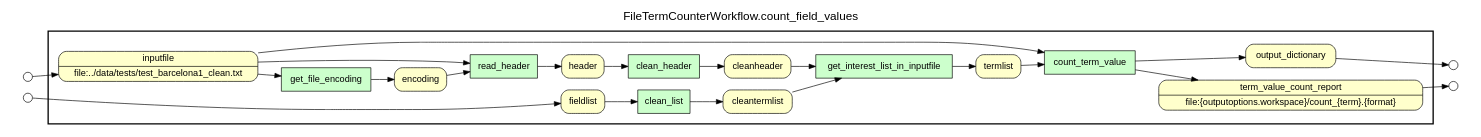
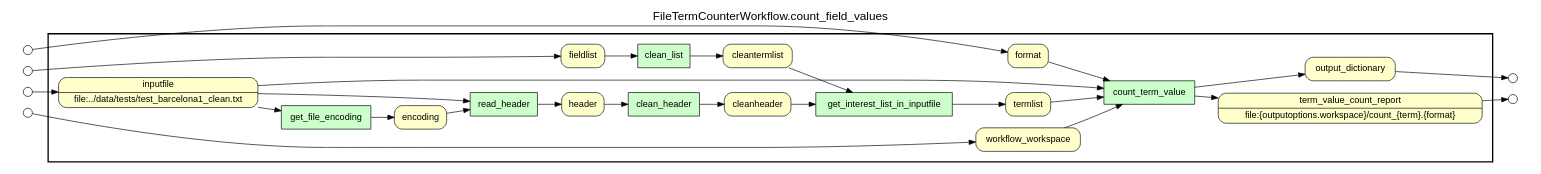
One commit to kurator-org/kurator-validation changed the diagram in packages/kurator_dwca/workflows_yw/subgraph_CountFieldValues.gv. Above: the diagram before and after it, drawn with Graphviz. The commit also changed 13 other files, not shown here.

```diff
--- a/packages/kurator_dwca/workflows_yw/subgraph_CountFieldValues.gv
+++ b/packages/kurator_dwca/workflows_yw/subgraph_CountFieldValues.gv
@@ -1,102 +1,110 @@
 
 /* Start of top-level graph */
 digraph Workflow {
 rankdir=LR
 
 /* Title for graph */
 fontname=Helvetica; fontsize=18; labelloc=t
 label="FileTermCounterWorkflow.count_field_values"
 
 /* Start of double cluster for drawing box around nodes in workflow */
 subgraph cluster_workflow_box_outer { label=""; color=black; penwidth=2
 subgraph cluster_workflow_box_inner { label=""; penwidth=0
 
 /* Style for nodes representing atomic programs in workflow */
 node[shape=box style=filled fillcolor="#CCFFCC" peripheries=1 fontname=Helvetica]
 
 /* Nodes representing atomic programs in workflow */
 get_file_encoding
 read_header
 clean_header
 clean_list
 get_interest_list_in_inputfile
 count_term_value
 
 /* Style for nodes representing non-parameter data channels in workflow */
 node[shape=box style="rounded,filled" fillcolor="#FFFFCC" peripheries=1 fontname=Helvetica]
 
 /* Nodes for non-parameter data channels in workflow */
 term_value_count_report [shape=record rankdir=LR label="{{<f0> term_value_count_report |<f1> file\:\{outputoptions.workspace\}/count_\{term\}.\{format\}}}"];
 output_dictionary
 inputfile [shape=record rankdir=LR label="{{<f0> inputfile |<f1> file\:../data/tests/test_barcelona1_clean.txt}}"];
 encoding
 header
 fieldlist
 cleantermlist
 cleanheader
 termlist
+format
+workflow_workspace
 
 /* Style for nodes representing parameter channels in workflow */
 node[shape=box style="rounded,filled" fillcolor="#FCFCFC" peripheries=1 fontname=Helvetica]
 
 /* Nodes representing parameter channels in workflow */
 
 /* Edges representing connections between programs and channels */
 get_file_encoding -> encoding
 inputfile -> get_file_encoding
 read_header -> header
 inputfile -> read_header
 encoding -> read_header
 clean_header -> cleanheader
 header -> clean_header
 clean_list -> cleantermlist
 fieldlist -> clean_list
 get_interest_list_in_inputfile -> termlist
 cleantermlist -> get_interest_list_in_inputfile
 cleanheader -> get_interest_list_in_inputfile
 count_term_value -> output_dictionary
 count_term_value -> term_value_count_report
 termlist -> count_term_value
+format -> count_term_value
+workflow_workspace -> count_term_value
 inputfile -> count_term_value
 
 /* End of double cluster for drawing box around nodes in workflow */
 }}
 
 /* Hidden double-cluster for grouping workflow input ports */
 subgraph cluster_input_ports_group_outer { label=""; penwidth=0
 subgraph cluster_input_ports_group_inner { label=""; penwidth=0
 
 /* Style for nodes representing workflow input ports */
 node[shape=circle style="rounded,filled" fillcolor="#FFFFFF" peripheries=1 fontname=Helvetica width=0.2]
 
 /* Nodes representing workflow input ports */
 inputfile_input_port [label=""]
+format_input_port [label=""]
 fieldlist_input_port [label=""]
+workflow_workspace_input_port [label=""]
 
 /* End of double-cluster for grouping workflow input ports */
 }}
 
 /* Hidden double-cluster for grouping workflow output ports */
 subgraph cluster_output_ports_group_outer { label=""; penwidth=0
 subgraph cluster_output_ports_group_inner { label=""; penwidth=0
 
 /* Style for nodes representing workflow output ports */
 node[shape=circle style="rounded,filled" fillcolor="#FFFFFF" peripheries=1 fontname=Helvetica width=0.2]
 
 /* Nodes representing workflow output ports */
 term_value_count_report_output_port [label=""]
 output_dictionary_output_port [label=""]
 
 /* End of double-cluster for grouping workflow output ports */
 }}
 
 /* Edges from input ports to channels */
 inputfile_input_port -> inputfile
+format_input_port -> format
 fieldlist_input_port -> fieldlist
+workflow_workspace_input_port -> workflow_workspace
 
 /* Edges from channels to output ports */
 term_value_count_report -> term_value_count_report_output_port
 output_dictionary -> output_dictionary_output_port
 
 /* End of top-level graph */
 }
```
